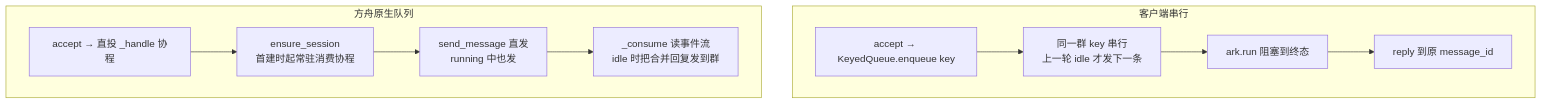
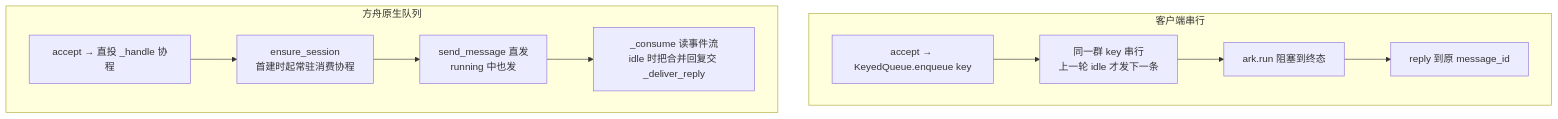
One commit to FeiZhuNiU-INFJA/ARK-MA-Best-Practise changed the third of 4 diagrams in scenarios/feishu-bot/cases/group-bot/ARCHITECTURE.md. Above: the diagram before and after it, drawn with Mermaid. The commit also changed other lines of this file and 11 other files, not shown here.

````diff
--- a/scenarios/feishu-bot/cases/group-bot/ARCHITECTURE.md
+++ b/scenarios/feishu-bot/cases/group-bot/ARCHITECTURE.md
@@ -107,13 +119,13 @@
 ```mermaid
 flowchart TD
     subgraph A[客户端串行]
         A1[accept → KeyedQueue.enqueue key] --> A2[同一群 key 串行\n上一轮 idle 才发下一条]
         A2 --> A3[ark.run 阻塞到终态]
         A3 --> A4[reply 到原 message_id]
     end
     subgraph C[方舟原生队列]
         C1[accept → 直投 _handle 协程] --> C2[ensure_session\n首建时起常驻消费协程]
         C2 --> C3[send_message 直发\nrunning 中也发]
-        C3 --> C4[_consume 读事件流\nidle 时把合并回复发到群]
+        C3 --> C4[_consume 读事件流\nidle 时把合并回复交 _deliver_reply]
     end
 ```
````
